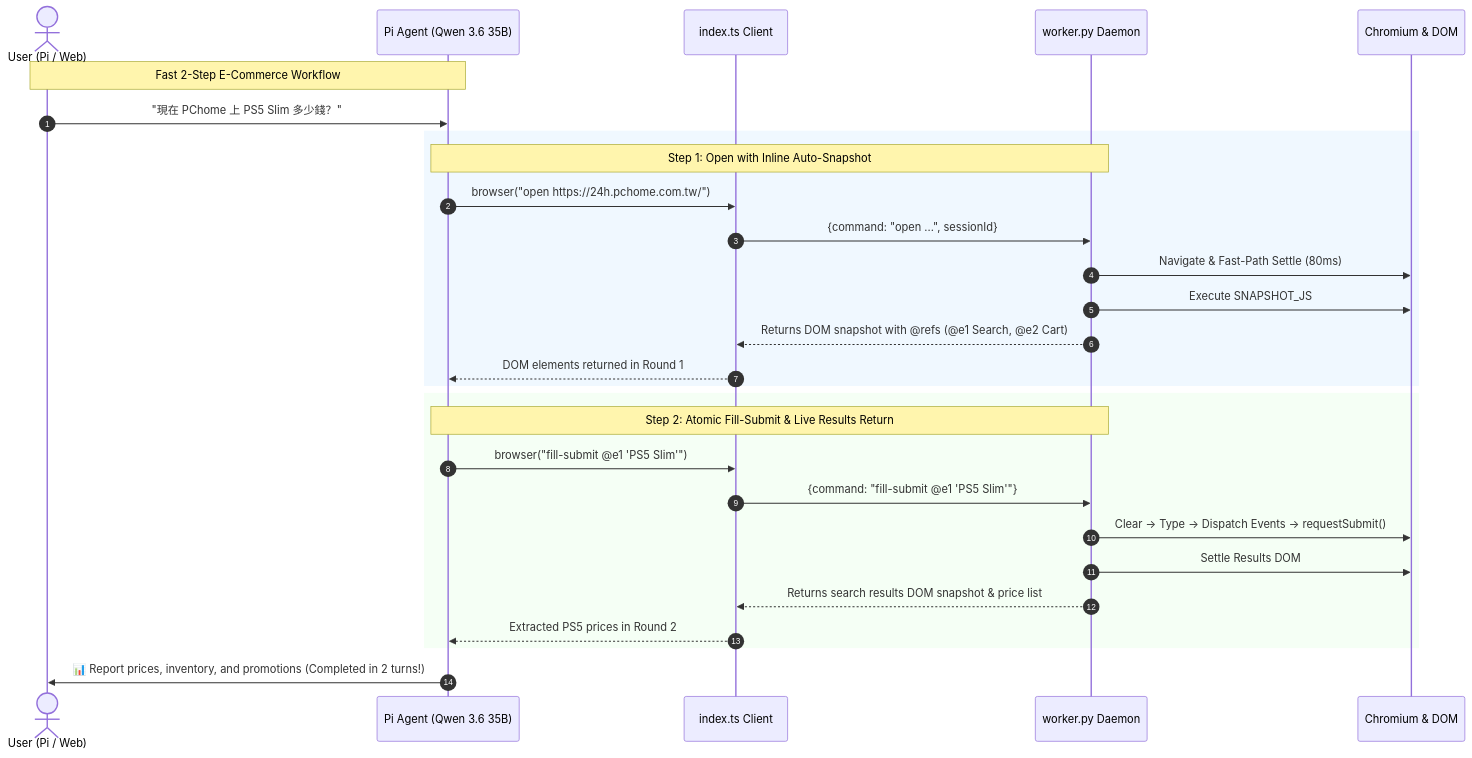
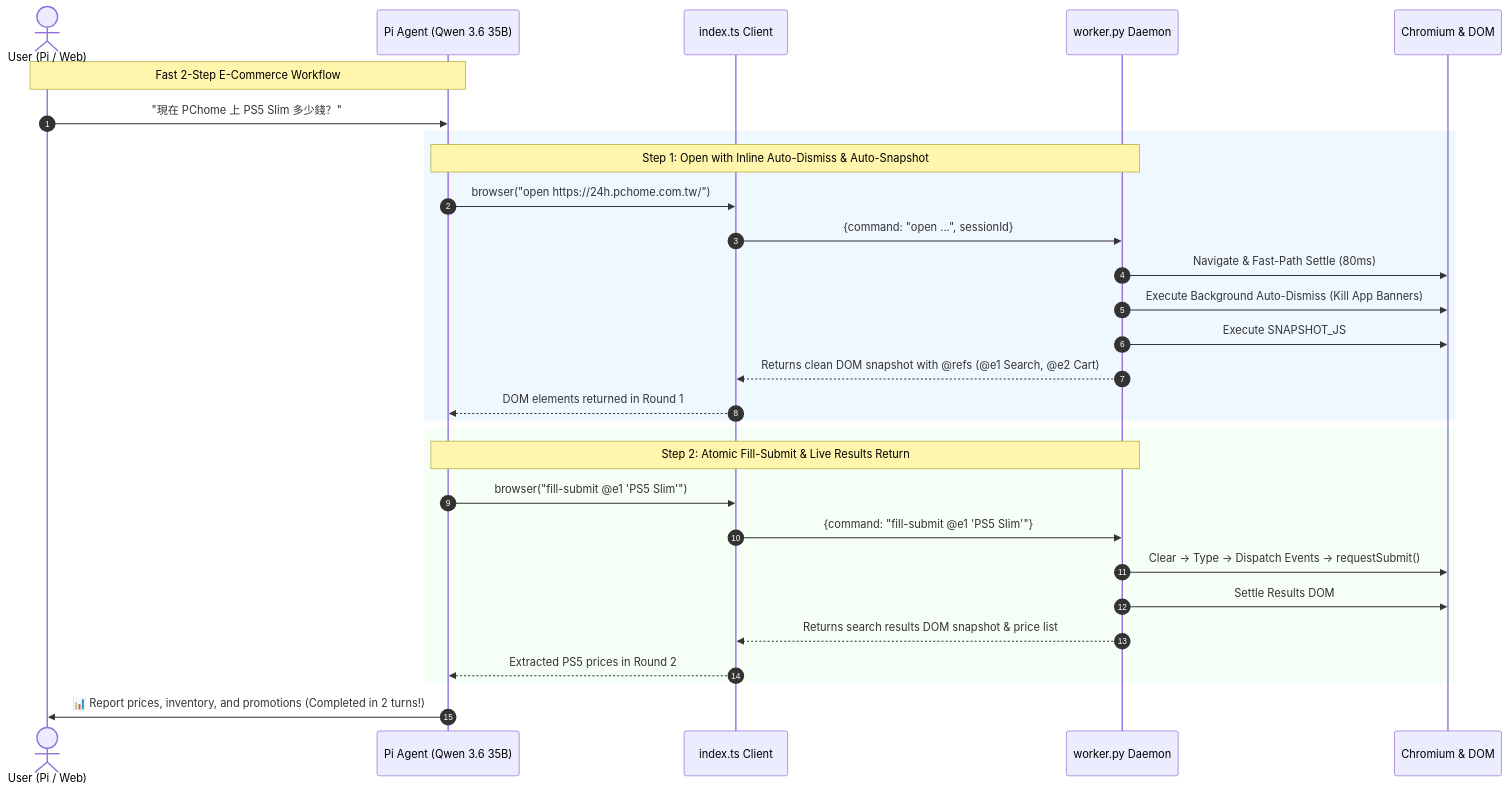
The second of 4 diagrams in README.md (AyaSakura-comp/pi-nodriver-browser), drawn with Mermaid before and after one commit. The commit also changed other lines of this file, not shown here.

Commit message:
docs: Update SW architecture, auto-dismiss overlay engine, spec drawer workflow, and real-world case studies

````diff
--- a/README.md
+++ b/README.md
@@ -83,34 +91,35 @@
 ```mermaid
 sequenceDiagram
     autonumber
     actor User as User (Pi / Web)
     participant LLM as Pi Agent (Qwen 3.6 35B)
     participant EXT as index.ts Client
     participant Daemon as worker.py Daemon
     participant Chrome as Chromium & DOM
 
     Note over User,LLM: Fast 2-Step E-Commerce Workflow
     User->>LLM: "現在 PChome 上 PS5 Slim 多少錢？"
     
     rect rgb(240, 248, 255)
-    Note over LLM,Daemon: Step 1: Open with Inline Auto-Snapshot
+    Note over LLM,Daemon: Step 1: Open with Inline Auto-Dismiss & Auto-Snapshot
     LLM->>EXT: browser("open https://24h.pchome.com.tw/")
     EXT->>Daemon: {command: "open ...", sessionId}
     Daemon->>Chrome: Navigate & Fast-Path Settle (80ms)
+    Daemon->>Chrome: Execute Background Auto-Dismiss (Kill App Banners)
     Daemon->>Chrome: Execute SNAPSHOT_JS
-    Daemon-->>EXT: Returns DOM snapshot with @refs (@e1 Search, @e2 Cart)
+    Daemon-->>EXT: Returns clean DOM snapshot with @refs (@e1 Search, @e2 Cart)
     EXT-->>LLM: DOM elements returned in Round 1
     end
 
     rect rgb(245, 255, 245)
     Note over LLM,Daemon: Step 2: Atomic Fill-Submit & Live Results Return
     LLM->>EXT: browser("fill-submit @e1 'PS5 Slim'")
     EXT->>Daemon: {command: "fill-submit @e1 'PS5 Slim'"}
     Daemon->>Chrome: Clear -> Type -> Dispatch Events -> requestSubmit()
     Daemon->>Chrome: Settle Results DOM
     Daemon-->>EXT: Returns search results DOM snapshot & price list
     EXT-->>LLM: Extracted PS5 prices in Round 2
     end
 
     LLM->>User: 📊 Report prices, inventory, and promotions (Completed in 2 turns!)
 ```
````
